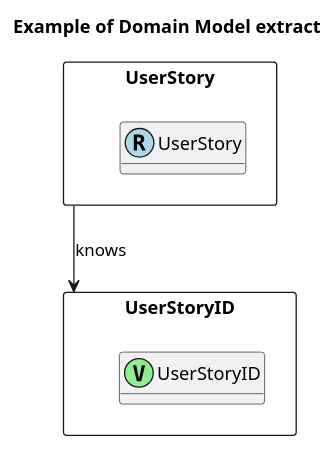
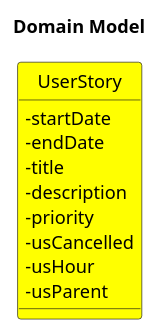
One commit to nunogon1211787/projectManagement changed the diagram in docs/Sprint1/US009/US009RE-MD.puml. Above: the diagram before and after it, drawn with PlantUML. The commit also changed 9 other files, not shown here.

```diff
--- a/docs/Sprint1/US009/US009RE-MD.puml
+++ b/docs/Sprint1/US009/US009RE-MD.puml
@@ -1,22 +1,22 @@
 @startuml
-'https://plantuml.com/class-diagram
-'hide circle
+left to right direction
+hide circle
 skinparam classAttributeIconSize 0
-hide methods
-
-title Example of Domain Model extract
-
-package UserStory <<Rectangle>>{
- class UserStory <<(R,lightblue)>>{
- }
- }
 
 
- package UserStoryID <<Rectangle>>{
- class UserStoryID <<(V,LightGreen)>>{
- }
- }
+title Domain Model
 
- UserStory -down-> UserStoryID: knows
+
+'Project Aggregate:--------------------------------------------------
+class UserStory #Yellow{
+- startDate
+- endDate
+- title
+- description
+- priority
+- usCancelled
+- usHour
+- usParent
+}
 
 @enduml
```
